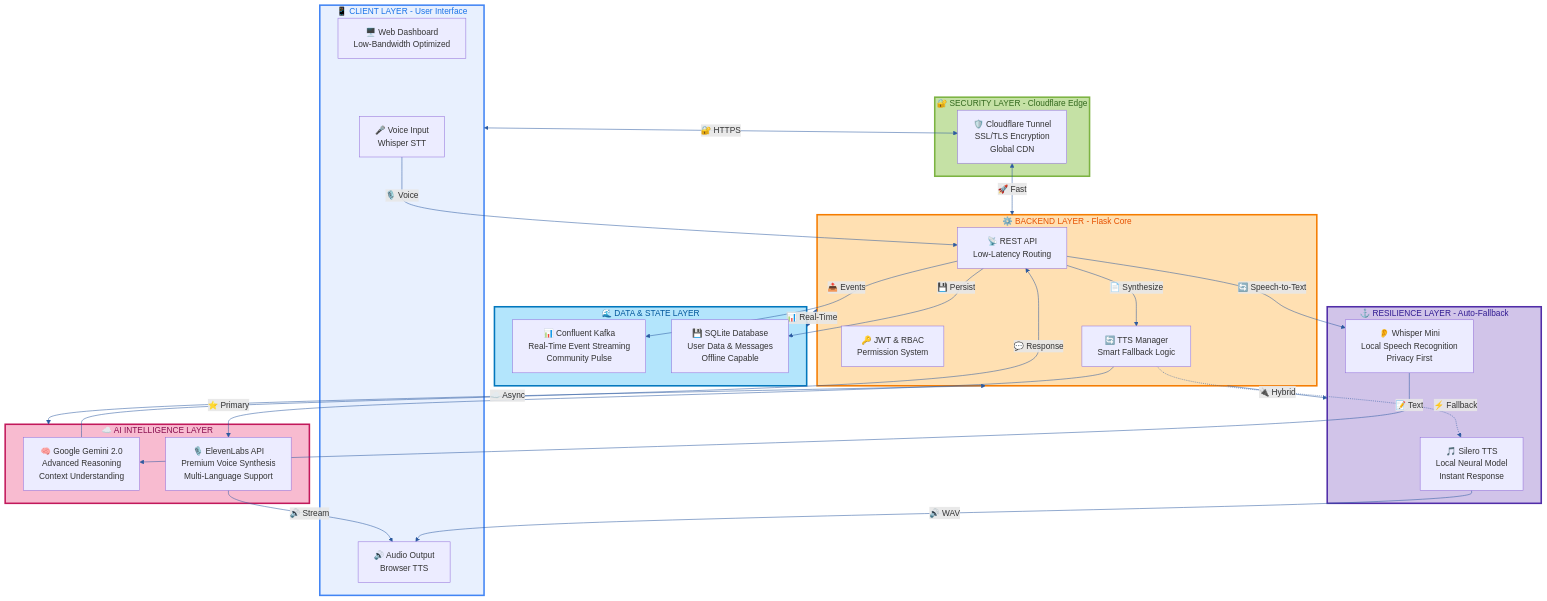
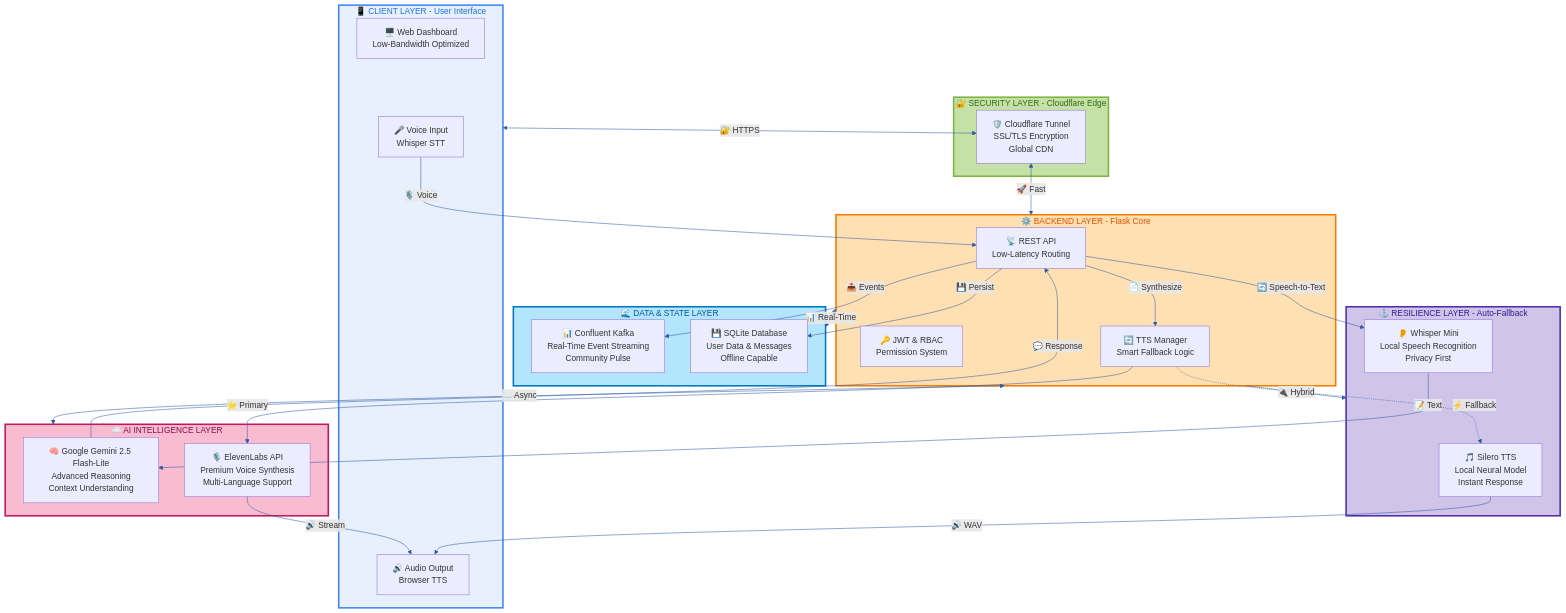
The first of 3 diagrams in README.md (Jobeer1/Ubuntu-Patient-Care), drawn with Mermaid before and after one commit. The commit also changed other lines of this file and 42 other files, not shown here.

````diff
--- a/README.md
+++ b/README.md
@@ -78,62 +89,62 @@
 ```mermaid
 %%{init: {'theme': 'default', 'themeVariables': { 'primaryColor': '#4285F4', 'primaryBorderColor': '#2C5AA0', 'primaryTextColor': '#fff', 'lineColor': '#2C5AA0', 'secondaryColor': '#34A853', 'tertiaryColor': '#EA4335', 'fontSize': '16px', 'fontFamily': 'arial'}}}%%
 graph TD
     subgraph Client["📱 CLIENT LAYER - User Interface"]
         UI["🖥️ Web Dashboard<br/>Low-Bandwidth Optimized"]
         Mic["🎤 Voice Input<br/>Whisper STT"]
         Speaker["🔊 Audio Output<br/>Browser TTS"]
     end
 
     subgraph Security["🔐 SECURITY LAYER - Cloudflare Edge"]
         CF["🛡️ Cloudflare Tunnel<br/>SSL/TLS Encryption<br/>Global CDN"]
     end
 
     subgraph Backend["⚙️ BACKEND LAYER - Flask Core"]
         API["📡 REST API<br/>Low-Latency Routing"]
         Auth["🔑 JWT & RBAC<br/>Permission System"]
         Proxy["🔄 TTS Manager<br/>Smart Fallback Logic"]
     end
 
     subgraph AI_Cloud["☁️ AI INTELLIGENCE LAYER"]
-        Gemini["🧠 Google Gemini 2.0<br/>Advanced Reasoning<br/>Context Understanding"]
+        Gemini["🧠 Google Gemini 2.5 Flash-Lite<br/>Advanced Reasoning<br/>Context Understanding"]
         Eleven["🎙️ ElevenLabs API<br/>Premium Voice Synthesis<br/>Multi-Language Support"]
     end
 
     subgraph Data_Stream["🌊 DATA & STATE LAYER"]
         Kafka["📊 Confluent Kafka<br/>Real-Time Event Streaming<br/>Community Pulse"]
         SQLite["💾 SQLite Database<br/>User Data & Messages<br/>Offline Capable"]
     end
 
     subgraph Fallback["⚓ RESILIENCE LAYER - Auto-Fallback"]
         Silero["🎵 Silero TTS<br/>Local Neural Model<br/>Instant Response"]
         Whisper["👂 Whisper Mini<br/>Local Speech Recognition<br/>Privacy First"]
     end
 
     Mic -->|🎙️ Voice| API
     API -->|🔄 Speech-to-Text| Whisper
     Whisper -->|📝 Text| Gemini
     Gemini -->|💬 Response| API
     
     API -->|📄 Synthesize| Proxy
     Proxy -->|⭐ Primary| Eleven
     Proxy -.->|⚡ Fallback| Silero
     
     Eleven -->|🔊 Stream| Speaker
     Silero -->|🔊 WAV| Speaker
     
     API -->|📤 Events| Kafka
     API -->|💾 Persist| SQLite
     
     Client <-->|🔐 HTTPS| CF
     CF <-->|🚀 Fast| Backend
     Backend <-->|☁️ Async| AI_Cloud
     Backend -->|🔌 Hybrid| Fallback
     Backend <-->|📊 Real-Time| Data_Stream
 
     style Client fill:#E8F0FE,stroke:#4285F4,stroke-width:3px,color:#1a73e8
     style Security fill:#C5E1A5,stroke:#7CB342,stroke-width:3px,color:#33691E
     style Backend fill:#FFE0B2,stroke:#F57C00,stroke-width:3px,color:#E65100
     style AI_Cloud fill:#F8BBD0,stroke:#C2185B,stroke-width:3px,color:#880E4F
     style Data_Stream fill:#B3E5FC,stroke:#0277BD,stroke-width:3px,color:#01579B
     style Fallback fill:#D1C4E9,stroke:#512DA8,stroke-width:3px,color:#311B92
 ```
````
